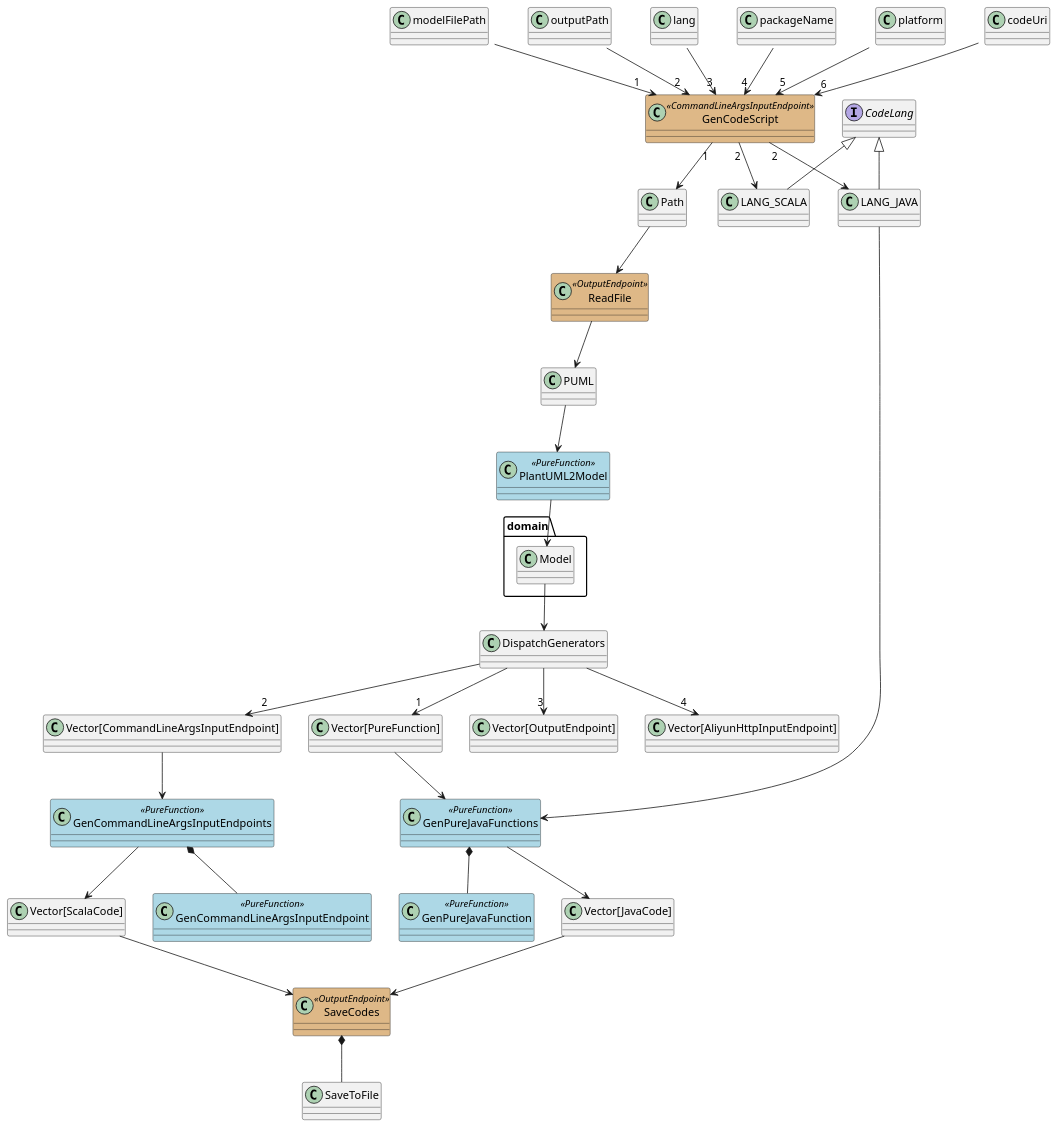
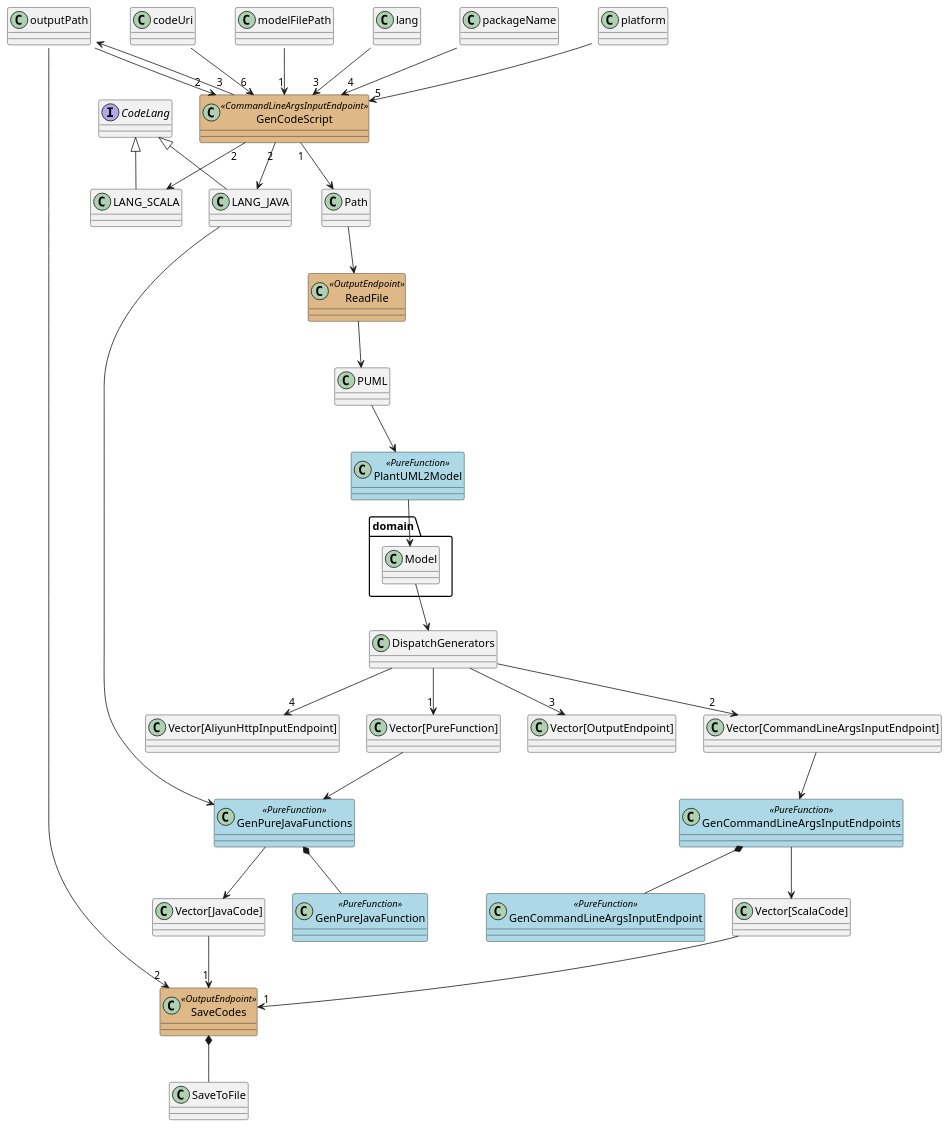
Before and after one commit to notyy/TypeFlow: the diagram in typeflow/tooling/GenCode.puml, drawn with PlantUML.

Commit message:
SaveCodes need output path parameters

```diff
--- a/typeflow/tooling/GenCode.puml
+++ b/typeflow/tooling/GenCode.puml
@@ -1,51 +1,53 @@
 @startuml
 skinparam class {
 	BackgroundColor<<CommandLineInputEndpoint>> BurlyWood
 	BackgroundColor<<CommandLineArgsInputEndpoint>> BurlyWood
 	BackgroundColor<<AliyunHttpInputEndpoint>> BurlyWood
 	BackgroundColor<<OutputEndpoint>> BurlyWood
 	BackgroundColor<<PureFunction>> LightBlue
 }
 'class System << (S,#FF7700) Singleton >>
 
 class GenCodeScript <<CommandLineArgsInputEndpoint>>
 class ReadFile <<OutputEndpoint>>
 class PlantUML2Model <<PureFunction>>
 class GenPureJavaFunctions <<PureFunction>>
 class GenPureJavaFunction <<PureFunction>>
 class GenCommandLineArgsInputEndpoints <<PureFunction>>
 class GenCommandLineArgsInputEndpoint <<PureFunction>>
 class SaveCodes <<OutputEndpoint>>
 interface CodeLang
 CodeLang <|-- LANG_JAVA
 CodeLang <|-- LANG_SCALA
 
 modelFilePath::String --> "1" GenCodeScript
 outputPath::String --> "2" GenCodeScript
 lang::String --> "3" GenCodeScript
 packageName::String --> "4" GenCodeScript
 platform::String --> "5" GenCodeScript
 codeUri::String --> "6" GenCodeScript
 GenCodeScript "1" --> Path
 GenCodeScript "2" --> LANG_JAVA
 GenCodeScript "2" --> LANG_SCALA
+GenCodeScript "3" --> outputPath::Path
 LANG_JAVA -> GenPureJavaFunctions
 Path --> ReadFile
 ReadFile --> PUML
 PUML --> PlantUML2Model
 PlantUML2Model --> domain.Model
 domain.Model --> DispatchGenerators
 DispatchGenerators --> "1" "Vector[PureFunction]"
 DispatchGenerators --> "2" "Vector[CommandLineArgsInputEndpoint]"
 DispatchGenerators --> "3" "Vector[OutputEndpoint]"
 DispatchGenerators --> "4" "Vector[AliyunHttpInputEndpoint]"
 "Vector[PureFunction]" --> GenPureJavaFunctions
 GenPureJavaFunctions --> "Vector[JavaCode]"
 GenPureJavaFunctions *-- GenPureJavaFunction
 "Vector[CommandLineArgsInputEndpoint]" --> GenCommandLineArgsInputEndpoints
 GenCommandLineArgsInputEndpoints --> "Vector[ScalaCode]"
 GenCommandLineArgsInputEndpoints *-- GenCommandLineArgsInputEndpoint
-"Vector[ScalaCode]" --> SaveCodes
-"Vector[JavaCode]" --> SaveCodes
+"Vector[ScalaCode]" --> "1" SaveCodes
+"Vector[JavaCode]" --> "1" SaveCodes
+outputPath::Path --> "2" SaveCodes
 SaveCodes *-- SaveToFile
 @enduml
```
